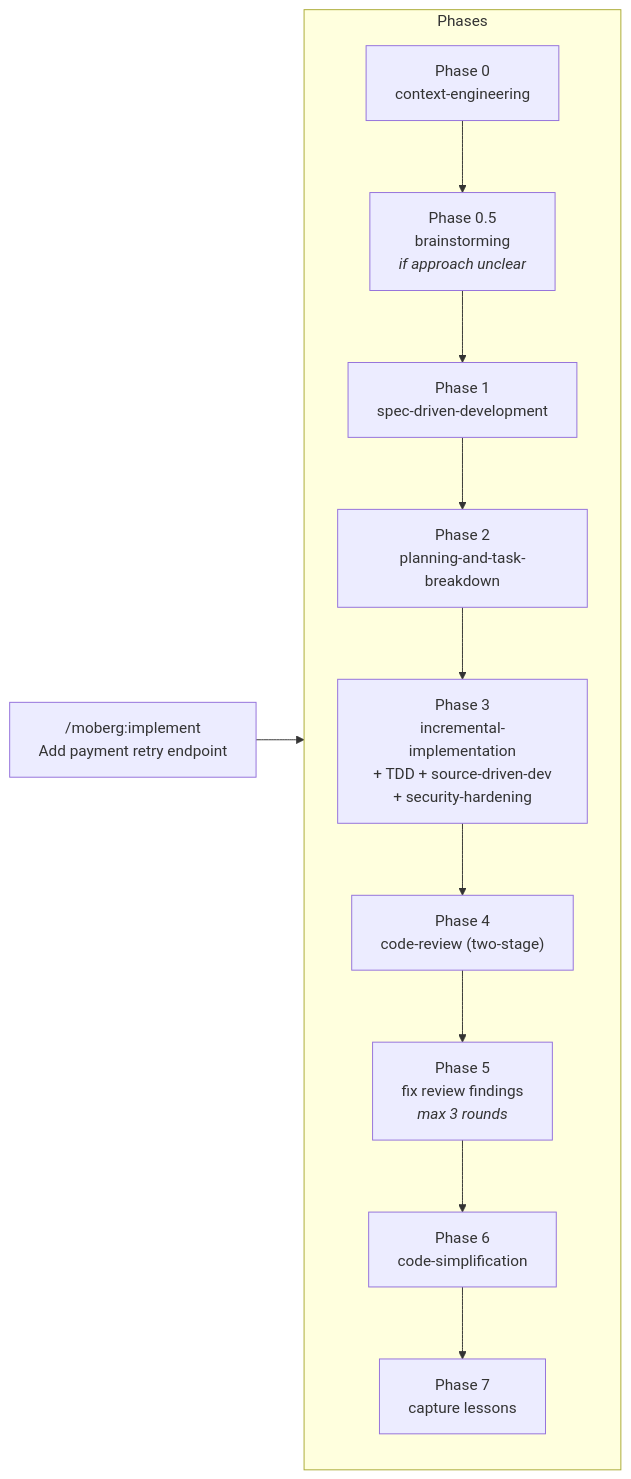
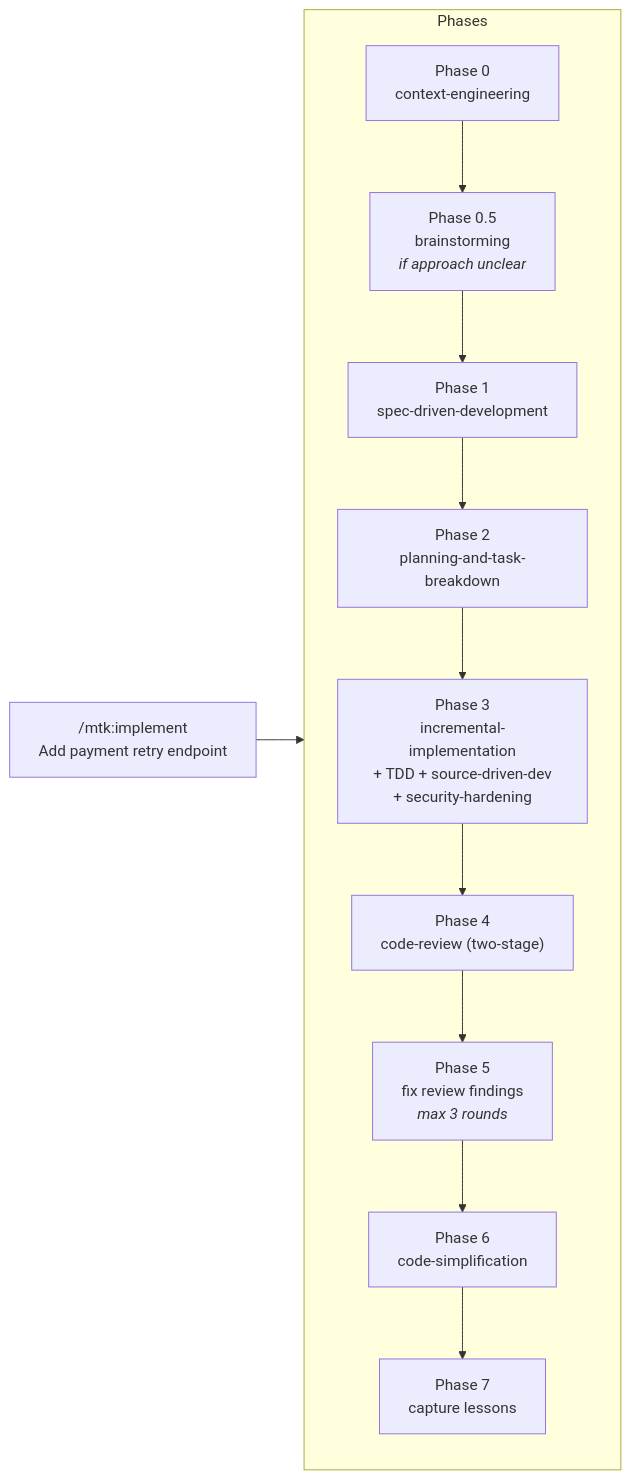
Before and after one commit to moberghr/mtk-agent-toolkit: the second of 8 diagrams in README.md, drawn with Mermaid. The commit also changed other lines of this file and 21 other files, not shown here.

````diff
--- a/README.md
+++ b/README.md
@@ -161,17 +161,17 @@
 ```mermaid
 graph LR
-    CMD["/moberg:implement<br/>Add payment retry endpoint"] --> P0
+    CMD["/mtk:implement<br/>Add payment retry endpoint"] --> P0
 
     subgraph Phases
         direction TB
         P0["Phase 0<br/>context-engineering"] --> P0b
         P0b["Phase 0.5<br/>brainstorming<br/><i>if approach unclear</i>"] --> P1
         P1["Phase 1<br/>spec-driven-development"] --> P2
         P2["Phase 2<br/>planning-and-task-breakdown"] --> P3
         P3["Phase 3<br/>incremental-implementation<br/>+ TDD + source-driven-dev<br/>+ security-hardening"] --> P4
         P4["Phase 4<br/>code-review (two-stage)"] --> P5
         P5["Phase 5<br/>fix review findings<br/><i>max 3 rounds</i>"] --> P6
         P6["Phase 6<br/>code-simplification"] --> P7
         P7["Phase 7<br/>capture lessons"]
     end
 ```
````
